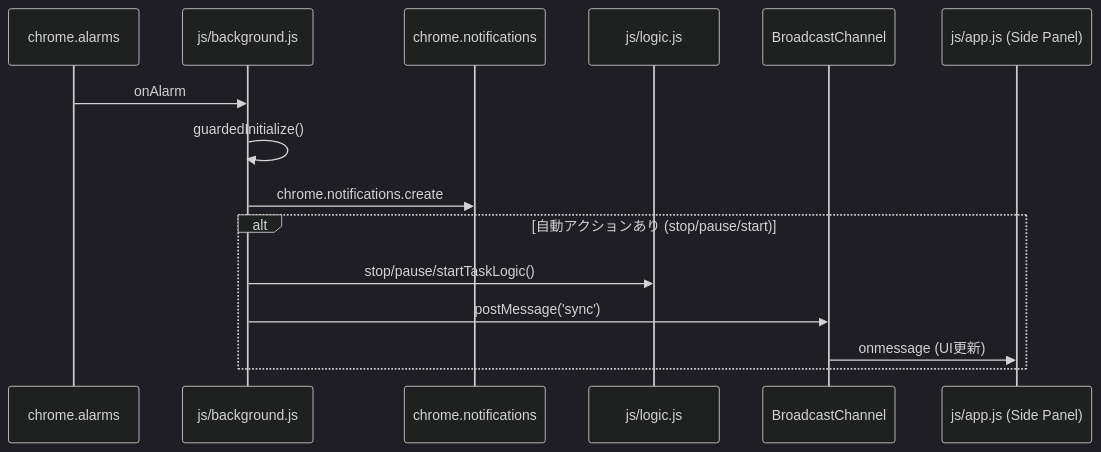
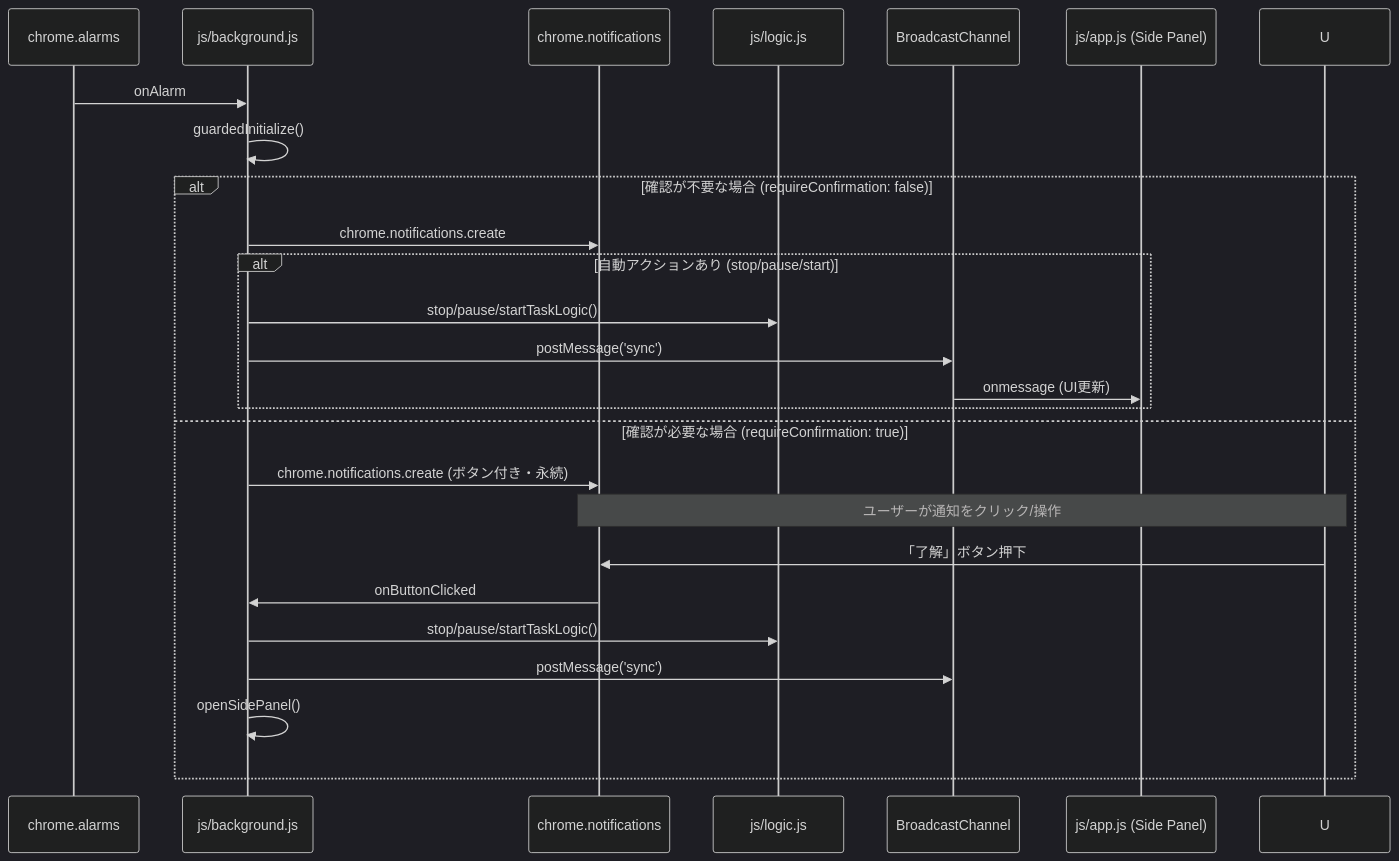
The fifth of 14 diagrams in docs/README_DEV.md (masanori-satake/QuickLog-Solo), drawn with Mermaid (dark theme) before and after one commit. The commit also changed 21 other files, not shown here.

````diff
--- a/docs/README_DEV.md
+++ b/docs/README_DEV.md
@@ -260,18 +260,28 @@
 ```mermaid
 sequenceDiagram
     participant CA as chrome.alarms
     participant B as js/background.js
     participant N as chrome.notifications
     participant L as js/logic.js
     participant BC as BroadcastChannel
     participant A as js/app.js (Side Panel)
 
     CA->>B: onAlarm
     B->>B: guardedInitialize()
-    B->>N: chrome.notifications.create
-    alt 自動アクションあり (stop/pause/start)
+    alt 確認が不要な場合 (requireConfirmation: false)
+        B->>N: chrome.notifications.create
+        alt 自動アクションあり (stop/pause/start)
+            B->>L: stop/pause/startTaskLogic()
+            B->>BC: postMessage('sync')
+            BC->>A: onmessage (UI更新)
+        end
+    else 確認が必要な場合 (requireConfirmation: true)
+        B->>N: chrome.notifications.create (ボタン付き・永続)
+        Note over U, N: ユーザーが通知をクリック/操作
+        U->>N: 「了解」ボタン押下
+        N->>B: onButtonClicked
         B->>L: stop/pause/startTaskLogic()
         B->>BC: postMessage('sync')
-        BC->>A: onmessage (UI更新)
+        B->>B: openSidePanel()
     end
 ```
````
